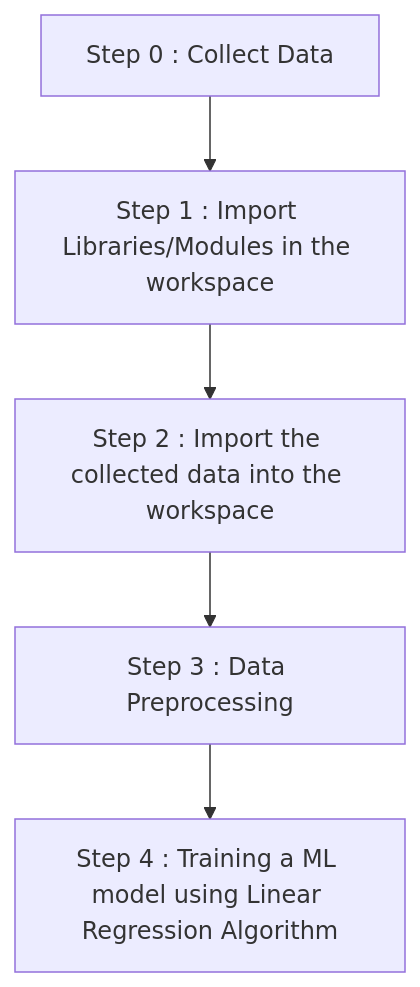
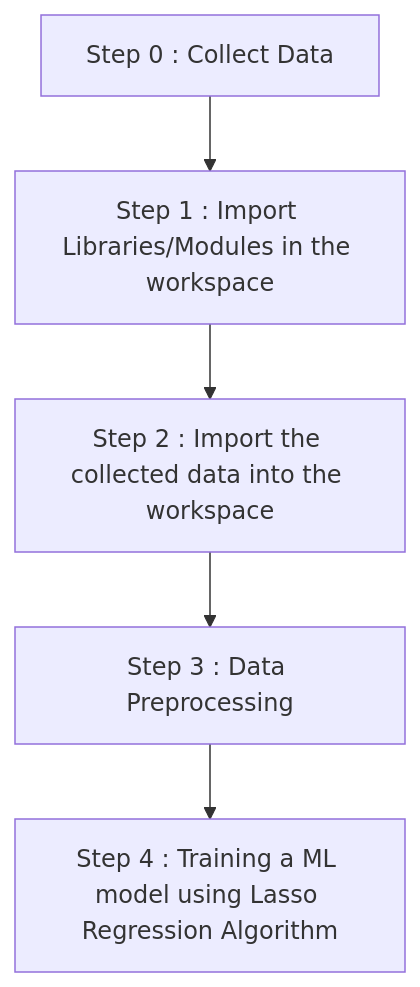
The diagram in README.md (dvamsidhar2002/Car-Price-Prediction-Web-App-using-Streamlit), drawn with Mermaid before and after one commit. The commit also changed other lines of this file, not shown here.

````diff
--- a/README.md
+++ b/README.md
@@ -6,8 +6,8 @@
 ```mermaid
 flowchart TD
 A[Step 0 : Collect Data] --> B[Step 1 : Import Libraries/Modules in the workspace]
 B[Step 1 : Import Libraries/Modules in the workspace] --> C[Step 2 : Import the collected data into the workspace]
 C[Step 2 : Import the collected data into the workspace] --> D[Step 3 : Data Preprocessing]
-D[Step 3 : Data Preprocessing] --> E[Step 4 : Training a ML model using Linear Regression Algorithm]
+D[Step 3 : Data Preprocessing] --> E[Step 4 : Training a ML model using Lasso Regression Algorithm]
 
 ```
````
